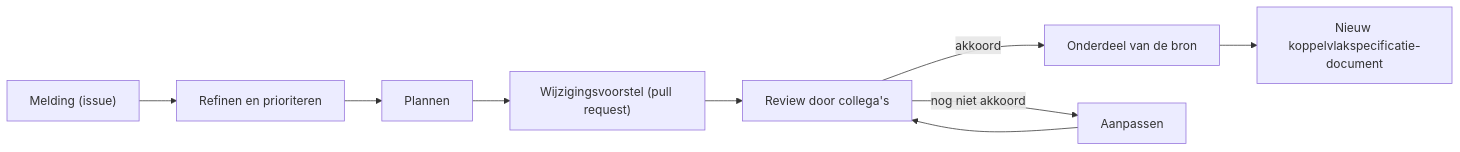
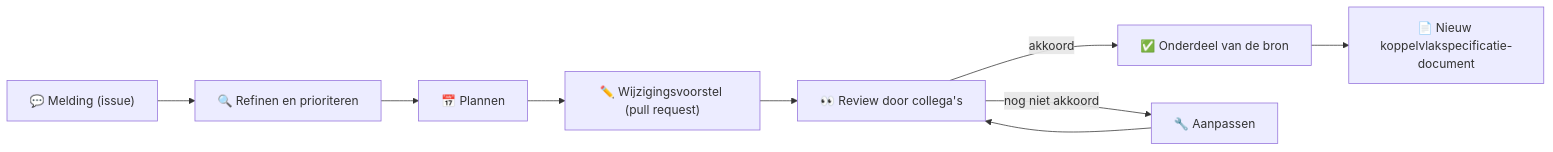
The diagram in presentaties/260819_kerngroep_techniek.md (Npuls-OKx/meta), drawn with Mermaid before and after one commit.

Commit message:
Bijdrageflow: pictogram per stap in de mermaid-labels
Claude-Session: https://claude.ai/code/session_01NZet75nkjDbtTTY4dGxZqM

````diff
--- a/presentaties/260819_kerngroep_techniek.md
+++ b/presentaties/260819_kerngroep_techniek.md
@@ -333,6 +333,6 @@
 ```mermaid
 flowchart LR
-  M["Melding (issue)"] --> R["Refinen en prioriteren"] --> PL["Plannen"] --> W["Wijzigingsvoorstel (pull request)"] --> RV["Review door collega's"]
-  RV -->|akkoord| B["Onderdeel van de bron"] --> D["Nieuw koppelvlakspecificatie-document"]
-  RV -->|nog niet akkoord| A["Aanpassen"] --> RV
+  M["💬 Melding (issue)"] --> R["🔍 Refinen en prioriteren"] --> PL["📅 Plannen"] --> W["✏️ Wijzigingsvoorstel (pull request)"] --> RV["👀 Review door collega's"]
+  RV -->|akkoord| B["✅ Onderdeel van de bron"] --> D["📄 Nieuw koppelvlakspecificatie-document"]
+  RV -->|nog niet akkoord| A["🔧 Aanpassen"] --> RV
 ```
````
